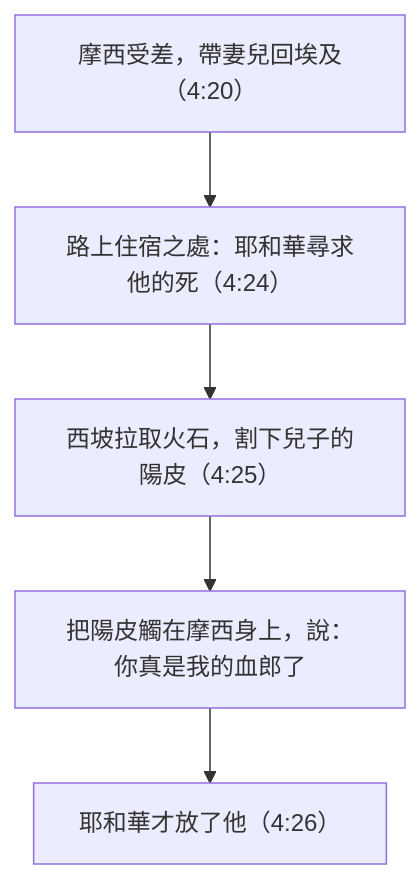
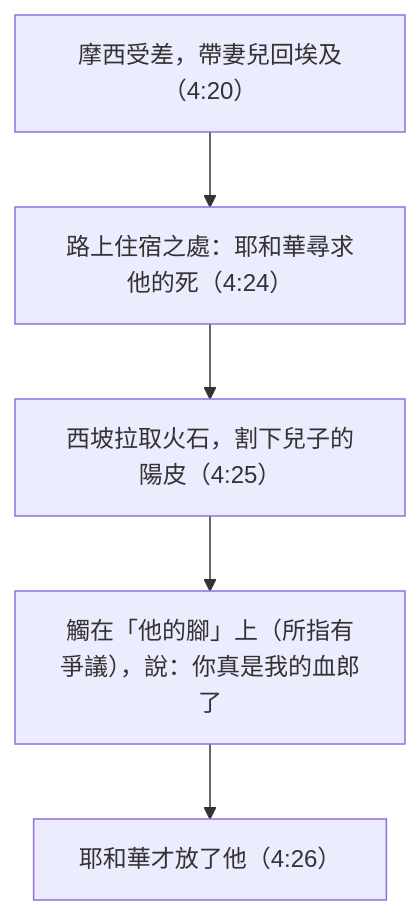
Before and after one commit to andyjr5566/Bible_wiki_zh_website: the third of 3 diagrams in content/02 出埃及記/第4章.md, drawn with Mermaid. The commit also changed other lines of this file and 641 other files, not shown here.

````diff
--- a/content/02 出埃及記/第4章.md
+++ b/content/02 出埃及記/第4章.md
@@ -223,7 +230,7 @@
 ```mermaid
 flowchart TD
     A["摩西受差，帶妻兒回埃及（4:20）"] --> B["路上住宿之處：耶和華尋求他的死（4:24）"]
     B --> C["西坡拉取火石，割下兒子的陽皮（4:25）"]
-    C --> D["把陽皮觸在摩西身上，說：你真是我的血郎了"]
+    C --> D["觸在「他的腳」上（所指有爭議），說：你真是我的血郎了"]
     D --> E["耶和華才放了他（4:26）"]
 ```
````
